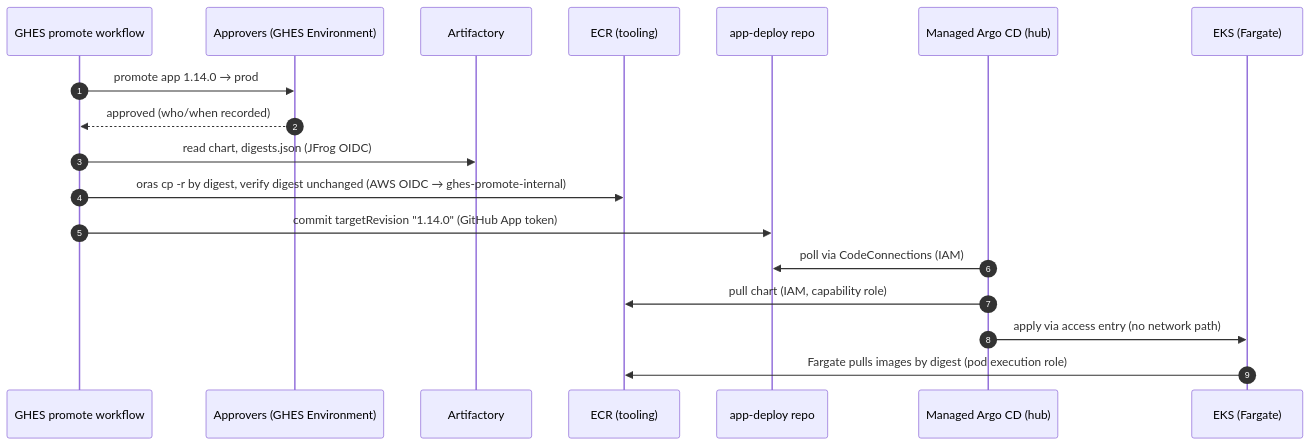
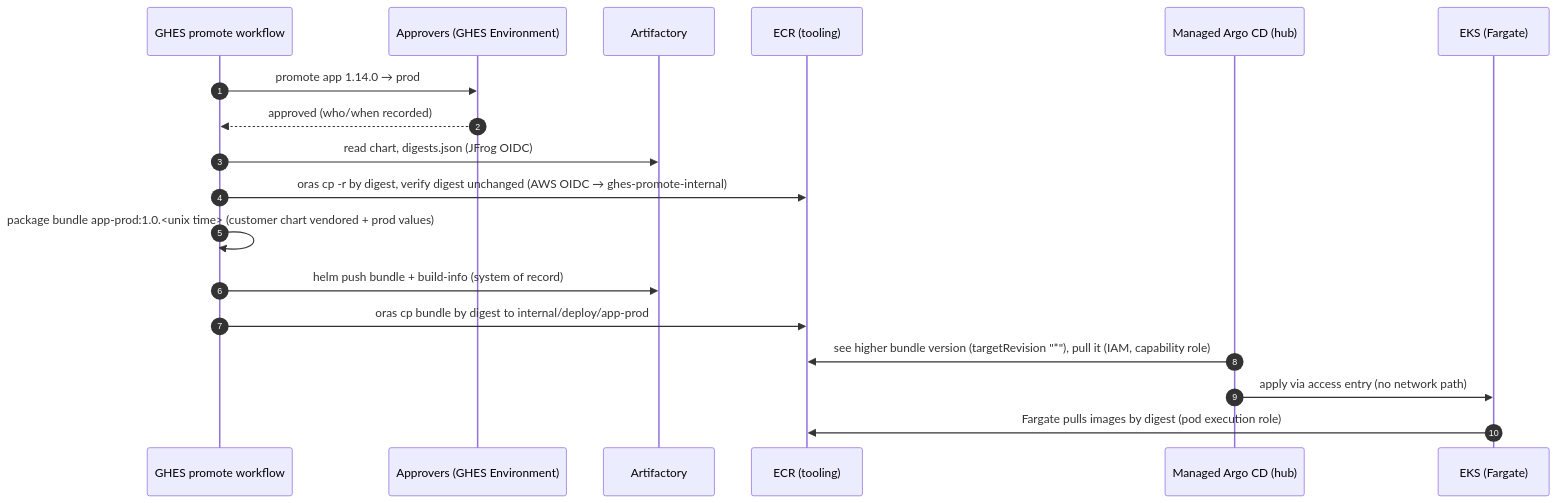
The second of 2 diagrams in docs/proposal/design.md (sholtomaud/GHES-EKS-zero-downtime-deployments), drawn with Mermaid before and after one commit. The commit also changed other lines of this file and 45 other files, not shown here.

````diff
--- a/docs/proposal/design.md
+++ b/docs/proposal/design.md
@@ -170,20 +173,20 @@
 ```mermaid
 sequenceDiagram
   autonumber
   participant P as GHES promote workflow
   participant R as Approvers (GHES Environment)
   participant A as Artifactory
   participant E as ECR (tooling)
-  participant G as app-deploy repo
   participant H as Managed Argo CD (hub)
   participant K as EKS (Fargate)
   P->>R: promote app 1.14.0 → prod
   R-->>P: approved (who/when recorded)
   P->>A: read chart, digests.json (JFrog OIDC)
   P->>E: oras cp -r by digest, verify digest unchanged (AWS OIDC → ghes-promote-internal)
-  P->>G: commit targetRevision "1.14.0" (GitHub App token)
-  H->>G: poll via CodeConnections (IAM)
-  H->>E: pull chart (IAM, capability role)
+  P->>P: package bundle app-prod:1.0.<unix time> (customer chart vendored + prod values)
+  P->>A: helm push bundle + build-info (system of record)
+  P->>E: oras cp bundle by digest to internal/deploy/app-prod
+  H->>E: see higher bundle version (targetRevision "*"), pull it (IAM, capability role)
   H->>K: apply via access entry (no network path)
   K->>E: Fargate pulls images by digest (pod execution role)
 ```
````
